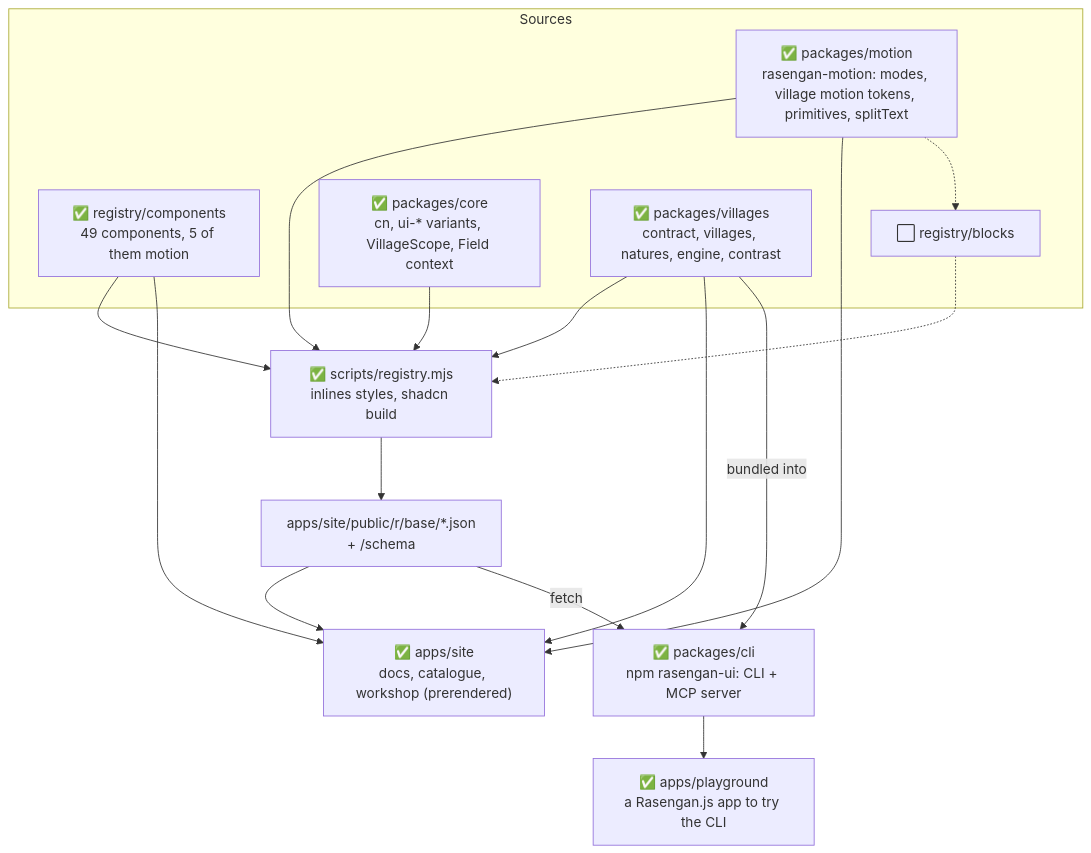
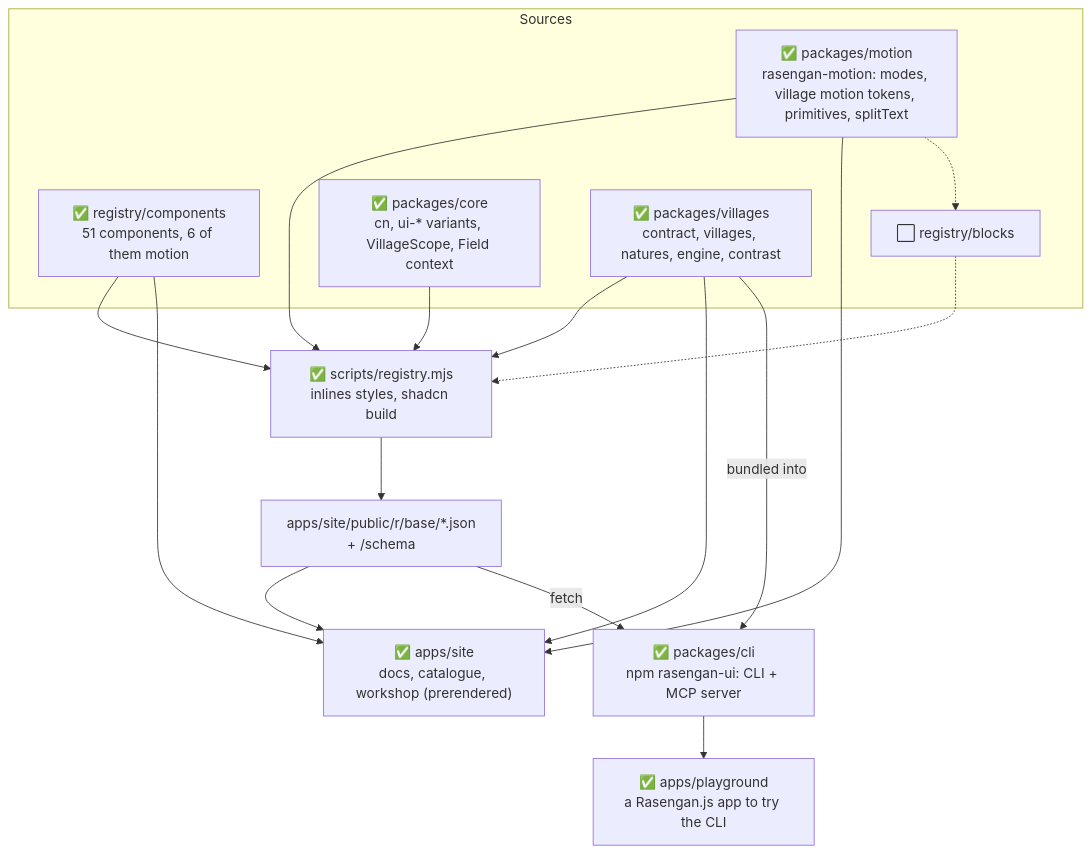
The second of 5 diagrams in docs/architecture.md (rasengan-dev/rasengan-ui), drawn with Mermaid before and after one commit. The commit also changed other lines of this file and 28 other files, not shown here.

````diff
--- a/docs/architecture.md
+++ b/docs/architecture.md
@@ -41,31 +41,31 @@
 ```mermaid
 flowchart TB
   subgraph source[Sources]
-    comps["✅ registry/components<br/>49 components, 5 of them motion"]
+    comps["✅ registry/components<br/>51 components, 6 of them motion"]
     blocks["⬜ registry/blocks"]
     core["✅ packages/core<br/>cn, ui-* variants, VillageScope, Field context"]
     villages["✅ packages/villages<br/>contract, villages, natures, engine, contrast"]
     motion["✅ packages/motion<br/>rasengan-motion: modes, village motion tokens, primitives, splitText"]
   end
 
   build["✅ scripts/registry.mjs<br/>inlines styles, shadcn build"]
   public["apps/site/public/r/base/*.json<br/>+ /schema"]
   site["✅ apps/site<br/>docs, catalogue, workshop (prerendered)"]
   cli["✅ packages/cli<br/>npm rasengan-ui: CLI + MCP server"]
   play["✅ apps/playground<br/>a Rasengan.js app to try the CLI"]
 
   comps --> build
   core --> build
   villages --> build
   build --> public
   public --> site
   villages --> site
   comps --> site
   public -- fetch --> cli
   villages -- bundled into --> cli
   cli --> play
   motion --> build
   motion --> site
   motion -.-> blocks
   blocks -.-> build
 ```
````
